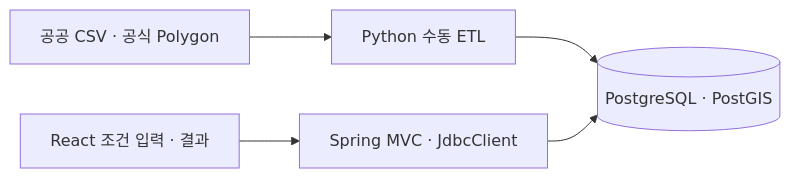
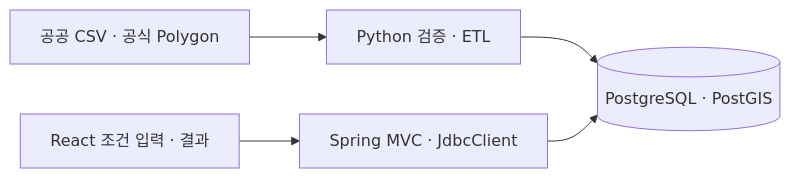
One commit to jinwooorp/RecycleYoungs changed the first of 3 diagrams in docs/technical.md. Above: the diagram before and after it, drawn with Mermaid. The commit also changed other lines of this file and 26 other files, not shown here.

````diff
--- a/docs/technical.md
+++ b/docs/technical.md
@@ -30,7 +99,7 @@
 ```mermaid
 flowchart LR
-    Source["공공 CSV · 공식 Polygon"] --> ETL["Python 수동 ETL"]
+    Source["공공 CSV · 공식 Polygon"] --> ETL["Python 검증 · ETL"]
     ETL --> DB[("PostgreSQL · PostGIS")]
     UI["React 조건 입력 · 결과"] --> API["Spring MVC · JdbcClient"]
     API --> DB
 ```
````
